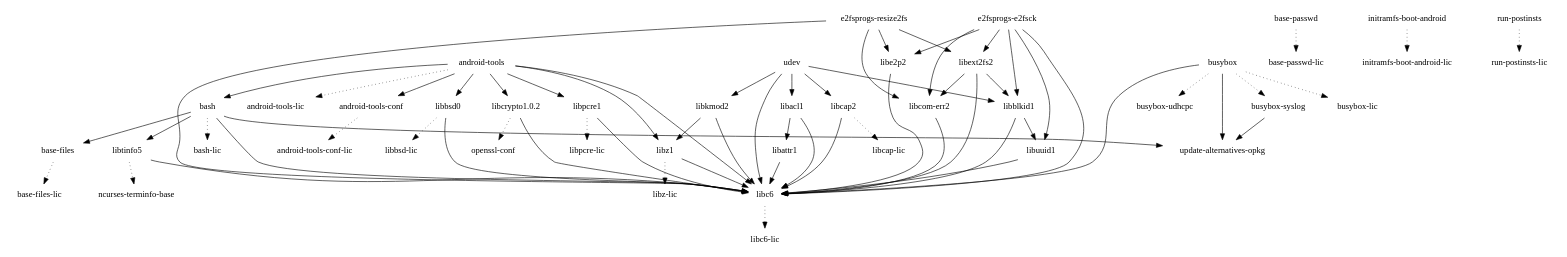
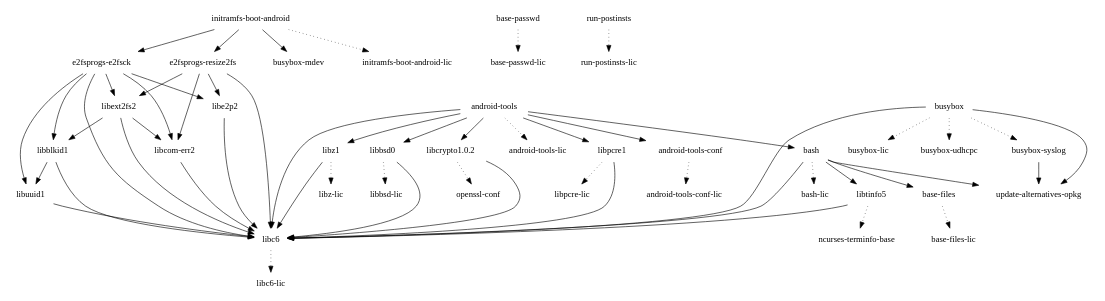
Before and after one commit to webOS-ports/buildhistory: the diagram in images/hammerhead/glibc/initramfs-android-image/depends.dot, drawn with Graphviz. The commit also changed 90 other files, not shown here.

```diff
--- a/images/hammerhead/glibc/initramfs-android-image/depends.dot
+++ b/images/hammerhead/glibc/initramfs-android-image/depends.dot
@@ -1,68 +1,59 @@
 digraph depends {
     node [shape=plaintext]
 "android-tools" -> "android-tools-conf"
 "android-tools" -> "android-tools-lic" [style=dotted]
 "android-tools" -> "bash"
 "android-tools-conf" -> "android-tools-conf-lic" [style=dotted]
 "android-tools" -> "libbsd0"
 "android-tools" -> "libc6"
 "android-tools" -> "libcrypto1.0.2"
 "android-tools" -> "libpcre1"
 "android-tools" -> "libz1"
 "base-files" -> "base-files-lic" [style=dotted]
 "base-passwd" -> "base-passwd-lic" [style=dotted]
 "bash" -> "base-files"
 "bash" -> "bash-lic" [style=dotted]
 "bash" -> "libc6"
 "bash" -> "libtinfo5"
 "bash" -> "update-alternatives-opkg"
 "busybox" -> "busybox-lic" [style=dotted]
 "busybox" -> "busybox-syslog" [style=dotted]
 "busybox" -> "busybox-udhcpc" [style=dotted]
 "busybox" -> "libc6"
 "busybox-syslog" -> "update-alternatives-opkg"
 "busybox" -> "update-alternatives-opkg"
 "e2fsprogs-e2fsck" -> "libblkid1"
 "e2fsprogs-e2fsck" -> "libc6"
 "e2fsprogs-e2fsck" -> "libcom-err2"
 "e2fsprogs-e2fsck" -> "libe2p2"
 "e2fsprogs-e2fsck" -> "libext2fs2"
 "e2fsprogs-e2fsck" -> "libuuid1"
 "e2fsprogs-resize2fs" -> "libc6"
 "e2fsprogs-resize2fs" -> "libcom-err2"
 "e2fsprogs-resize2fs" -> "libe2p2"
 "e2fsprogs-resize2fs" -> "libext2fs2"
+"initramfs-boot-android" -> "busybox-mdev"
+"initramfs-boot-android" -> "e2fsprogs-e2fsck"
+"initramfs-boot-android" -> "e2fsprogs-resize2fs"
 "initramfs-boot-android" -> "initramfs-boot-android-lic" [style=dotted]
-"libacl1" -> "libattr1"
-"libacl1" -> "libc6"
-"libattr1" -> "libc6"
 "libblkid1" -> "libc6"
 "libblkid1" -> "libuuid1"
 "libbsd0" -> "libbsd-lic" [style=dotted]
 "libbsd0" -> "libc6"
 "libc6" -> "libc6-lic" [style=dotted]
-"libcap2" -> "libc6"
-"libcap2" -> "libcap-lic" [style=dotted]
 "libcom-err2" -> "libc6"
 "libcrypto1.0.2" -> "libc6"
 "libcrypto1.0.2" -> "openssl-conf" [style=dotted]
 "libe2p2" -> "libc6"
 "libext2fs2" -> "libblkid1"
 "libext2fs2" -> "libc6"
 "libext2fs2" -> "libcom-err2"
-"libkmod2" -> "libc6"
-"libkmod2" -> "libz1"
 "libpcre1" -> "libc6"
 "libpcre1" -> "libpcre-lic" [style=dotted]
 "libtinfo5" -> "libc6"
 "libtinfo5" -> "ncurses-terminfo-base" [style=dotted]
 "libuuid1" -> "libc6"
 "libz1" -> "libc6"
 "libz1" -> "libz-lic" [style=dotted]
 "run-postinsts" -> "run-postinsts-lic" [style=dotted]
-"udev" -> "libacl1"
-"udev" -> "libblkid1"
-"udev" -> "libc6"
-"udev" -> "libcap2"
-"udev" -> "libkmod2"
 }
```
